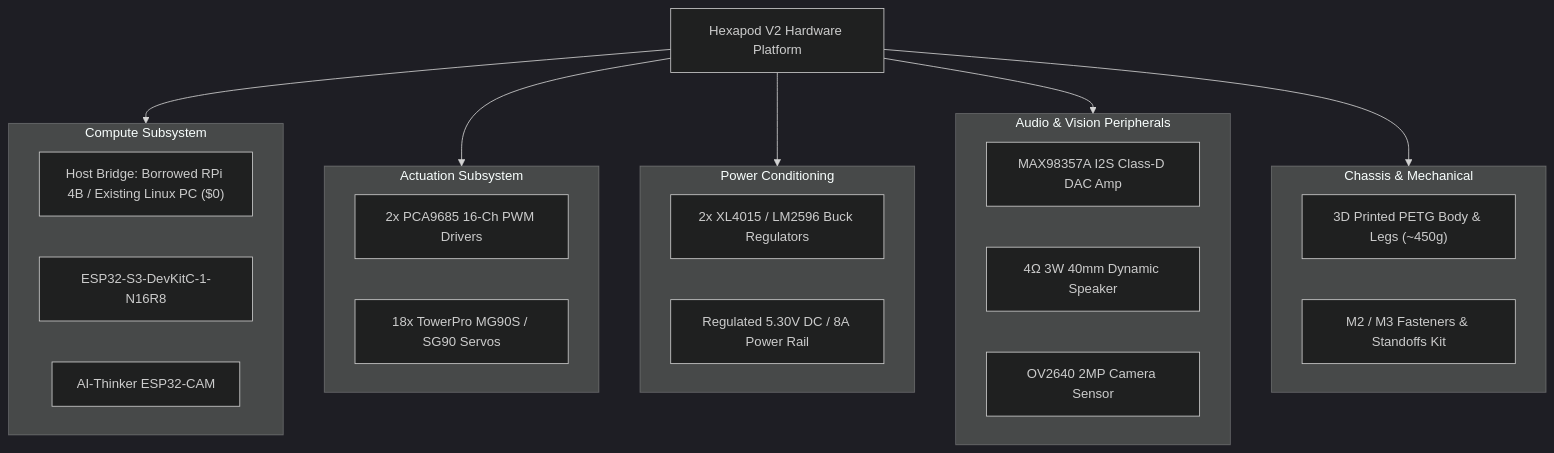
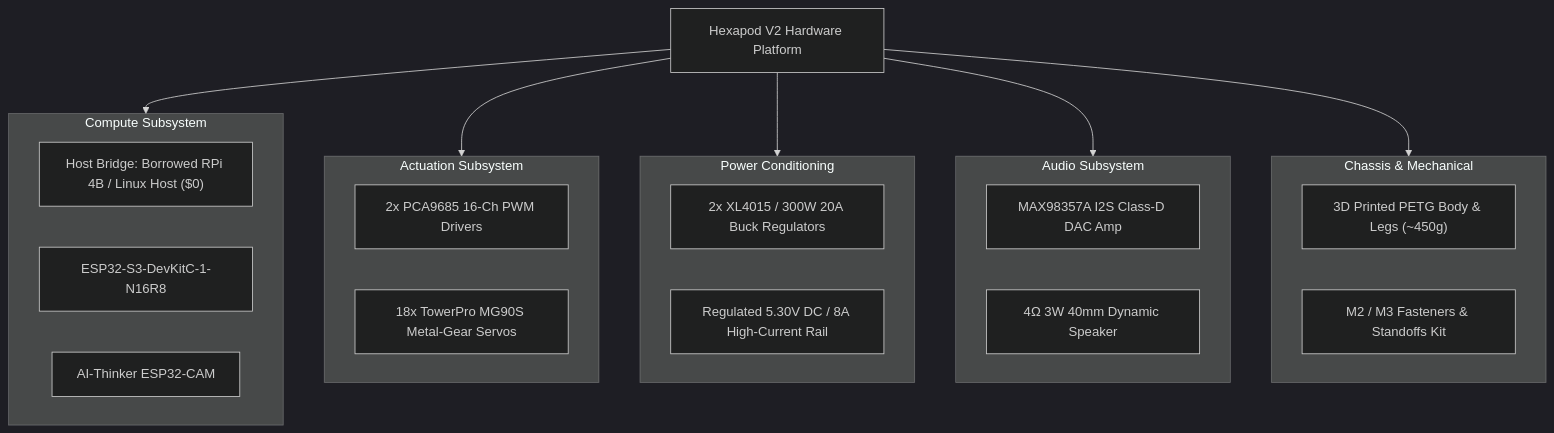
The first of 3 diagrams in src/content/docs/02-bill-of-materials.md (GrrGrrMan/spider-blog), drawn with Mermaid (dark theme) before and after one commit. The commit also changed other lines of this file and 39 other files, not shown here.

````diff
--- a/src/content/docs/02-bill-of-materials.md
+++ b/src/content/docs/02-bill-of-materials.md
@@ -12,37 +12,36 @@
 ```mermaid
 flowchart TD
     HEXAPOD["Hexapod V2 Hardware Platform"]
     
     subgraph Compute ["Compute Subsystem"]
-        PI["Host Bridge: Borrowed RPi 4B / Existing Linux PC ($0)"]
+        PI["Host Bridge: Borrowed RPi 4B / Linux Host ($0)"]
         S3["ESP32-S3-DevKitC-1-N16R8"]
         CAM["AI-Thinker ESP32-CAM"]
     end
 
     subgraph Actuation ["Actuation Subsystem"]
         PCA["2x PCA9685 16-Ch PWM Drivers"]
-        SERVOS["18x TowerPro MG90S / SG90 Servos"]
+        SERVOS["18x TowerPro MG90S Metal-Gear Servos"]
     end
 
     subgraph Power ["Power Conditioning"]
-        BUCK["2x XL4015 / LM2596 Buck Regulators"]
-        SUPPLY["Regulated 5.30V DC / 8A Power Rail"]
+        BUCK["2x XL4015 / 300W 20A Buck Regulators"]
+        SUPPLY["Regulated 5.30V DC / 8A High-Current Rail"]
     end
 
-    subgraph Audio ["Audio & Vision Peripherals"]
+    subgraph Audio ["Audio Subsystem"]
         AMP["MAX98357A I2S Class-D DAC Amp"]
         SPK["4Ω 3W 40mm Dynamic Speaker"]
-        OV2640["OV2640 2MP Camera Sensor"]
     end
 
     subgraph Chassis ["Chassis & Mechanical"]
         PETG["3D Printed PETG Body & Legs (~450g)"]
         FASTENERS["M2 / M3 Fasteners & Standoffs Kit"]
     end
 
     HEXAPOD --> Compute
     HEXAPOD --> Actuation
     HEXAPOD --> Power
     HEXAPOD --> Audio
     HEXAPOD --> Chassis
 ```
````
